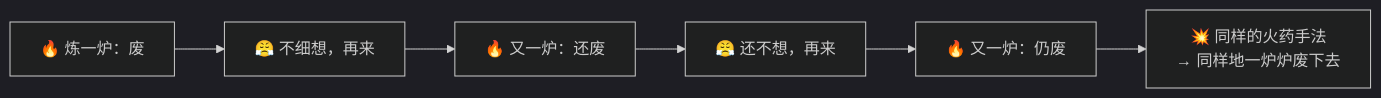
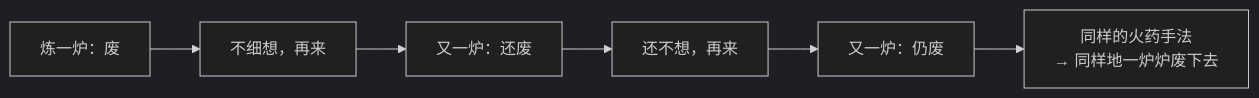
One commit to luckykhy/KhyAiHub changed the first of 3 diagrams in docs/09_STORY_修仙学AI/STORY-番外/[STORY-番外-108] 番外09·回照自省·闻过则改.md. Above: the diagram before and after it, drawn with Mermaid (dark theme). The commit also changed other lines of this file and 19 other files, not shown here.

````diff
--- a/docs/09_STORY_修仙学AI/STORY-番外/[STORY-番外-108] 番外09·回照自省·闻过则改.md
+++ b/docs/09_STORY_修仙学AI/STORY-番外/[STORY-番外-108] 番外09·回照自省·闻过则改.md
@@ -35,8 +35,8 @@
 ```mermaid
 flowchart LR
-  T1["🔥 炼一炉：废"] --> R1["😤 不细想，再来"]
-  R1 --> T2["🔥 又一炉：还废"]
-  T2 --> R2["😤 还不想，再来"]
-  R2 --> T3["🔥 又一炉：仍废"]
-  T3 --> LOOP["💥 同样的火药手法<br/>→ 同样地一炉炉废下去"]
+  T1["炼一炉：废"] --> R1["不细想，再来"]
+  R1 --> T2["又一炉：还废"]
+  T2 --> R2["还不想，再来"]
+  R2 --> T3["又一炉：仍废"]
+  T3 --> LOOP["同样的火药手法<br/>→ 同样地一炉炉废下去"]
 ```
````
